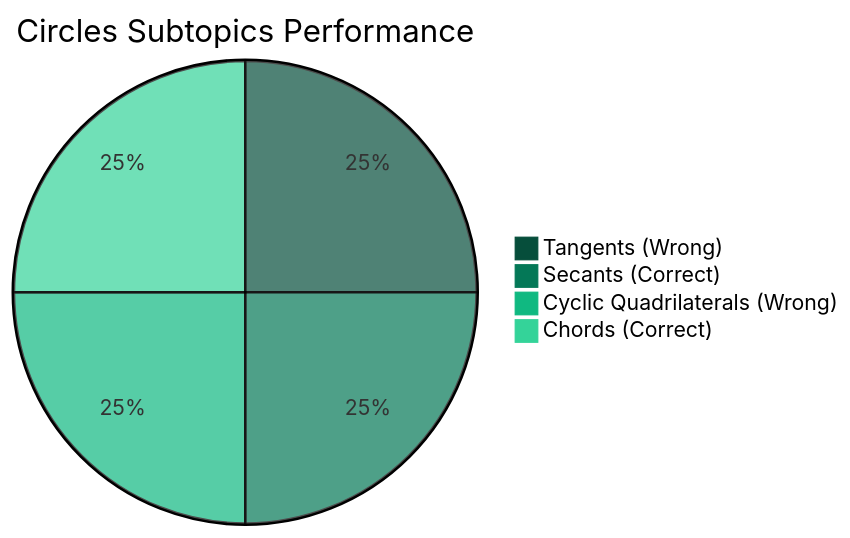
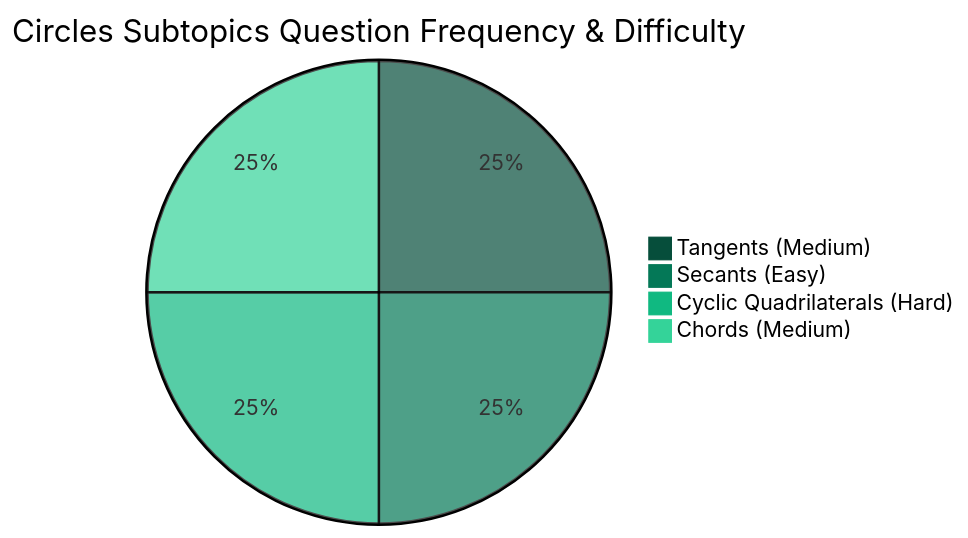
One commit to skc-coder/SAGE changed the fourth of 5 diagrams in content/cds/elementary-mathematics/elementary_mathematics_overview.md. Above: the diagram before and after it, drawn with Mermaid. The commit also changed other lines of this file and 1 other file, not shown here.

First line of the commit message:
refactor(skill): separate subtopic difficulty rating from question-level outcome status

````diff
--- a/content/cds/elementary-mathematics/elementary_mathematics_overview.md
+++ b/content/cds/elementary-mathematics/elementary_mathematics_overview.md
@@ -42,8 +42,8 @@
 ```mermaid
 %%{init: {'themeVariables': { 'pie1': '#064e3b', 'pie2': '#047857', 'pie3': '#10b981', 'pie4': '#34d399'}}}%%
-pie title Circles Subtopics Performance
-    "Tangents (Wrong)" : 1
-    "Secants (Correct)" : 1
-    "Cyclic Quadrilaterals (Wrong)" : 1
-    "Chords (Correct)" : 1
+pie title Circles Subtopics Question Frequency & Difficulty
+    "Tangents (Medium)" : 1
+    "Secants (Easy)" : 1
+    "Cyclic Quadrilaterals (Hard)" : 1
+    "Chords (Medium)" : 1
 ```
````
